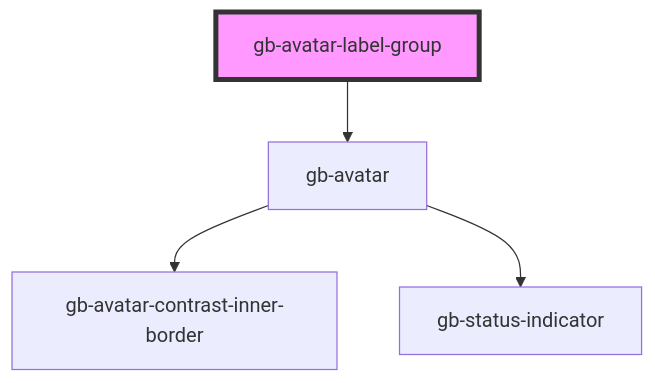
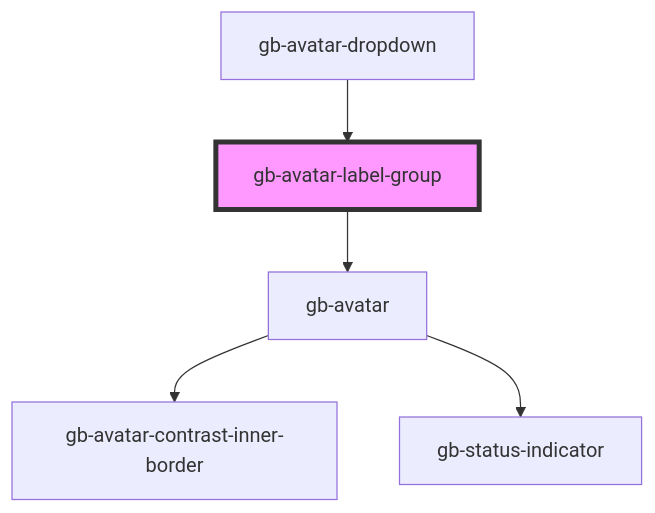
Before and after one commit to Emmanuel1858/globusComponent: the diagram in src/components/gb-avatar-label-group/readme.md, drawn with Mermaid. The commit also changed other lines of this file and 33 other files, not shown here.

````diff
--- a/src/components/gb-avatar-label-group/readme.md
+++ b/src/components/gb-avatar-label-group/readme.md
@@ -26,7 +30,8 @@
 ```mermaid
 graph TD;
   gb-avatar-label-group --> gb-avatar
   gb-avatar --> gb-avatar-contrast-inner-border
   gb-avatar --> gb-status-indicator
+  gb-avatar-dropdown --> gb-avatar-label-group
   style gb-avatar-label-group fill:#f9f,stroke:#333,stroke-width:4px
 ```
````
